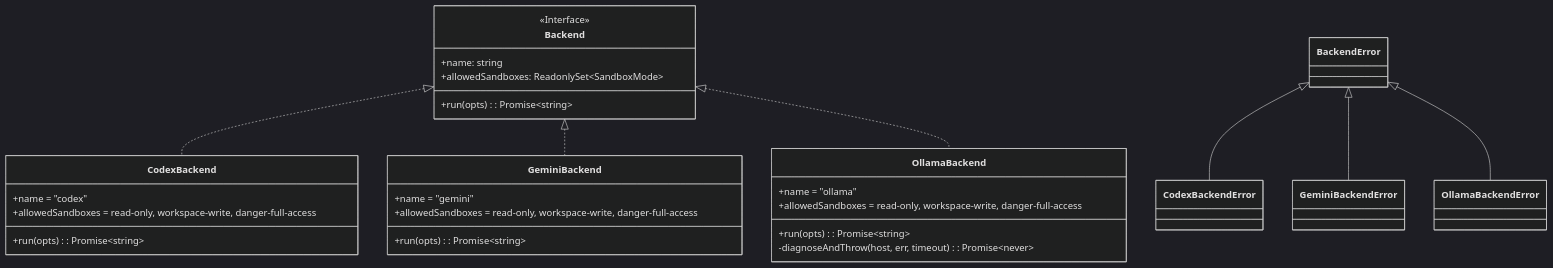
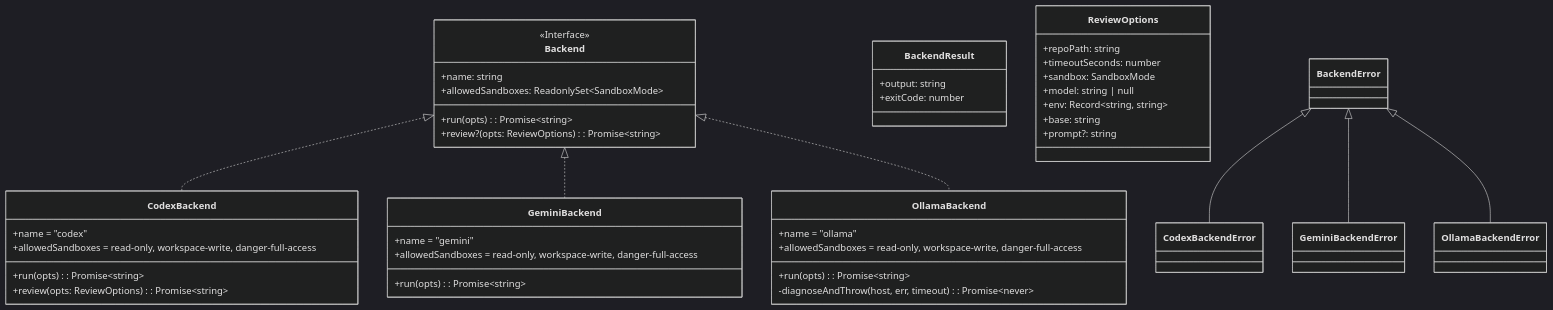
The first of 3 diagrams in architecture/02-backend-system.md (freibergergarcia/phone-a-friend), drawn with Mermaid (dark theme) before and after one commit. The commit also changed other lines of this file and 5 other files, not shown here.

First line of the commit message:
Update architecture docs and fix label-check race condition (#34)

````diff
--- a/architecture/02-backend-system.md
+++ b/architecture/02-backend-system.md
@@ -7,40 +7,57 @@
 ```mermaid
 classDiagram
   class Backend {
     <<Interface>>
     +name: string
     +allowedSandboxes: ReadonlySet~SandboxMode~
     +run(opts): Promise~string~
+    +review?(opts: ReviewOptions): Promise~string~
+  }
+
+  class BackendResult {
+    +output: string
+    +exitCode: number
+  }
+
+  class ReviewOptions {
+    +repoPath: string
+    +timeoutSeconds: number
+    +sandbox: SandboxMode
+    +model: string | null
+    +env: Record~string, string~
+    +base: string
+    +prompt?: string
   }
 
   class CodexBackend {
     +name = "codex"
     +allowedSandboxes = read-only, workspace-write, danger-full-access
     +run(opts): Promise~string~
+    +review(opts: ReviewOptions): Promise~string~
   }
 
   class GeminiBackend {
     +name = "gemini"
     +allowedSandboxes = read-only, workspace-write, danger-full-access
     +run(opts): Promise~string~
   }
 
   class OllamaBackend {
     +name = "ollama"
     +allowedSandboxes = read-only, workspace-write, danger-full-access
     +run(opts): Promise~string~
     -diagnoseAndThrow(host, err, timeout): Promise~never~
   }
 
   class BackendError
   class CodexBackendError
   class GeminiBackendError
   class OllamaBackendError
 
   Backend <|.. CodexBackend
   Backend <|.. GeminiBackend
   Backend <|.. OllamaBackend
   BackendError <|-- CodexBackendError
   BackendError <|-- GeminiBackendError
   BackendError <|-- OllamaBackendError
 ```
````
